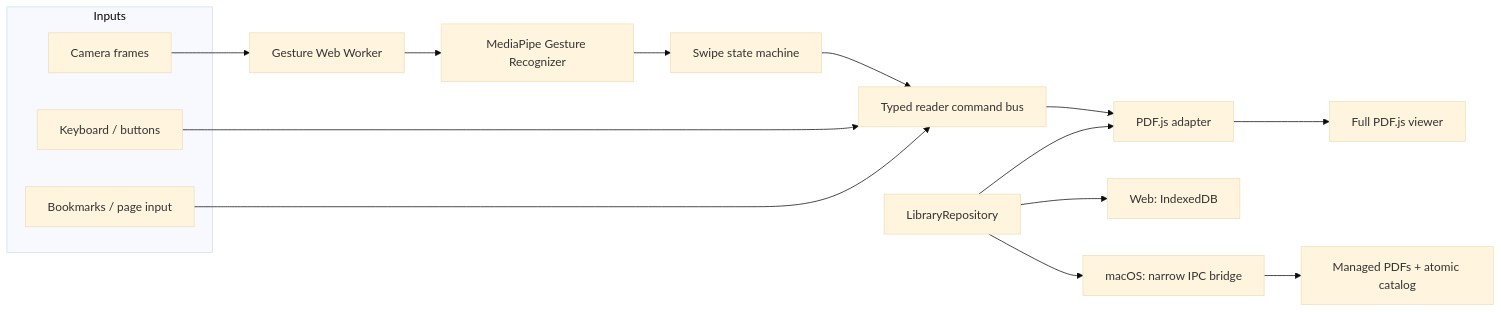
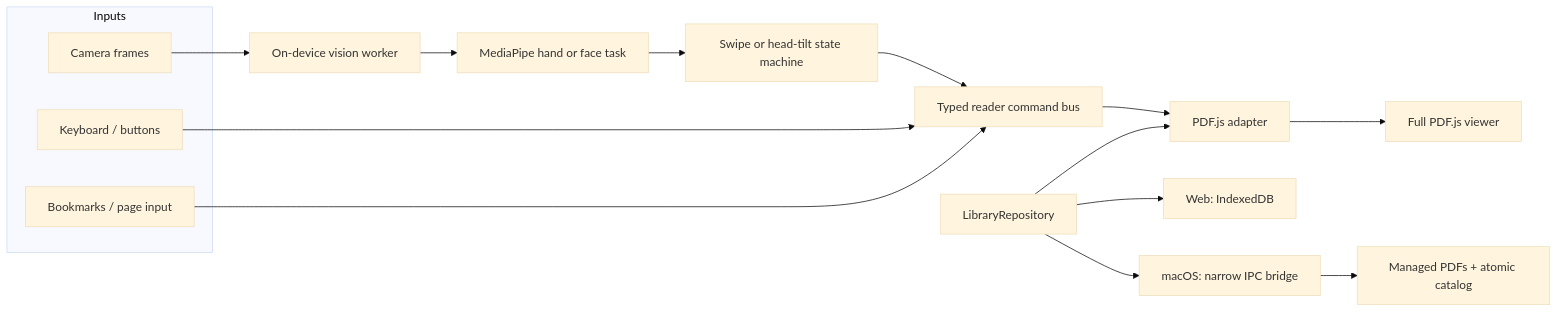
Before and after one commit to manynames3/gesture-reader: the diagram in README.md, drawn with Mermaid (base theme). The commit also changed other lines of this file and 20 other files, not shown here.

Commit message:
Add responsive head tilt controls

````diff
--- a/README.md
+++ b/README.md
@@ -73,22 +75,22 @@
 ```mermaid
 flowchart LR
   subgraph Inputs
     K["Keyboard / buttons"]
     B["Bookmarks / page input"]
     C["Camera frames"]
   end
 
-  C --> W["Gesture Web Worker"]
-  W --> M["MediaPipe Gesture Recognizer"]
-  M --> S["Swipe state machine"]
+  C --> W["On-device vision worker"]
+  W --> M["MediaPipe hand or face task"]
+  M --> S["Swipe or head-tilt state machine"]
   S --> Q["Typed reader command bus"]
   K --> Q
   B --> Q
   Q --> A["PDF.js adapter"]
   A --> V["Full PDF.js viewer"]
 
   R["LibraryRepository"] --> IDB["Web: IndexedDB"]
   R --> IPC["macOS: narrow IPC bridge"]
   IPC --> FS["Managed PDFs + atomic catalog"]
   R --> A
 ```
````
